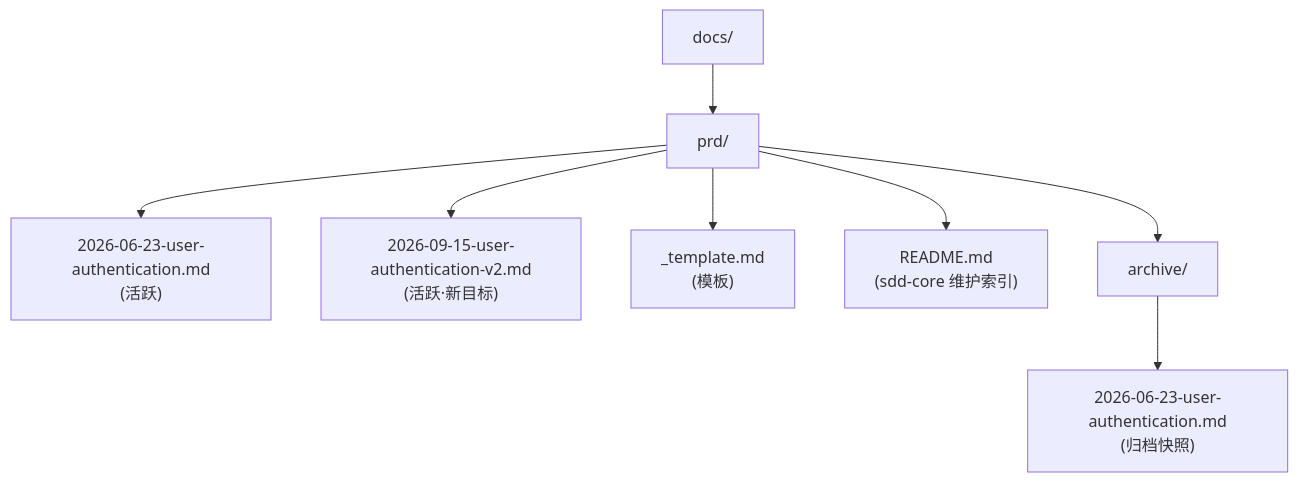
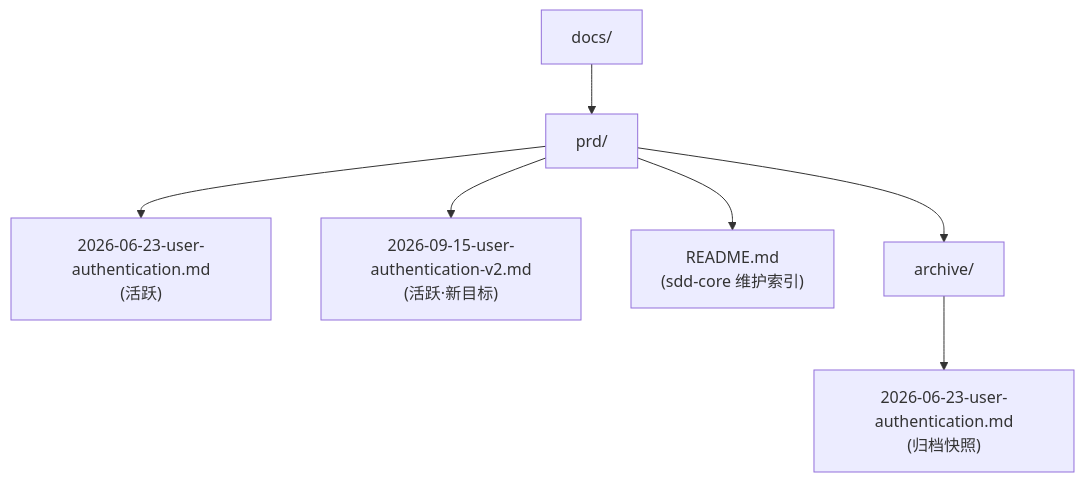
Before and after one commit to Norman-pong/sdd-pack: the diagram in plugins/sdd-pack/skills/sdd-prd/references/archival-mechanism.md, drawn with Mermaid. The commit also changed 24 other files, not shown here.

````diff
--- a/plugins/sdd-pack/skills/sdd-prd/references/archival-mechanism.md
+++ b/plugins/sdd-pack/skills/sdd-prd/references/archival-mechanism.md
@@ -189,10 +189,9 @@
 ```mermaid
 graph TD
     Docs["docs/"] --> Prd["prd/"]
     Prd --> Active1["2026-06-23-user-authentication.md<br/>(活跃)"]
     Prd --> Active2["2026-09-15-user-authentication-v2.md<br/>(活跃·新目标)"]
-    Prd --> Tmpl["_template.md<br/>(模板)"]
     Prd --> Readme["README.md<br/>(sdd-core 维护索引)"]
     Prd --> Archive["archive/"]
     Archive --> Snap["2026-06-23-user-authentication.md<br/>(归档快照)"]
 ```
````
